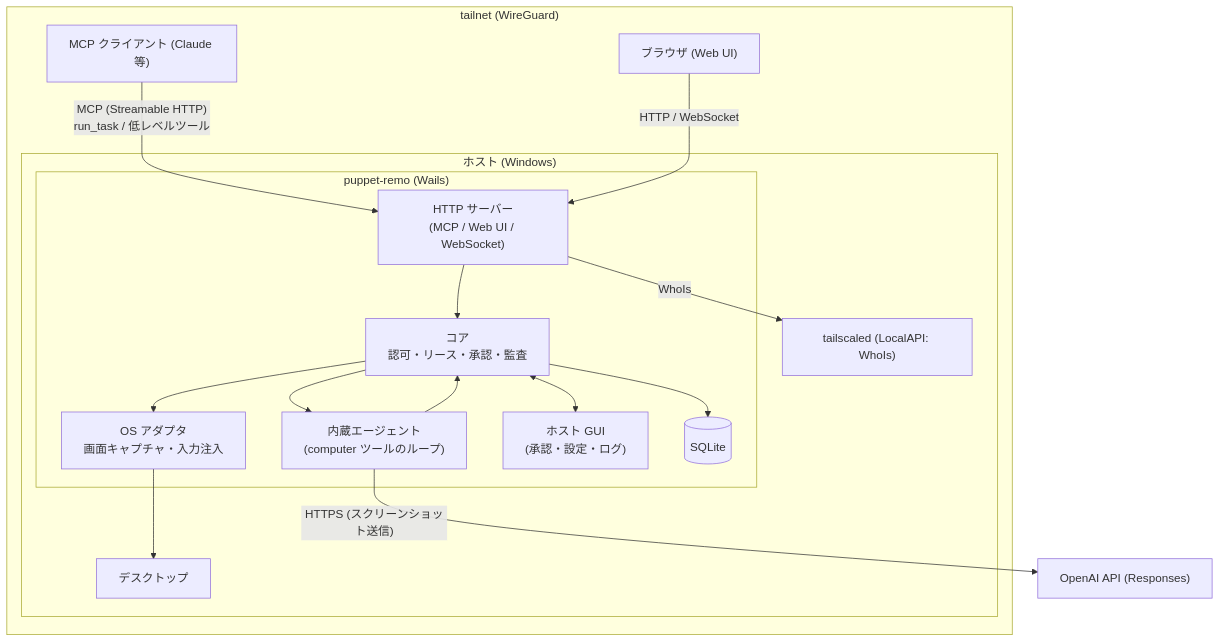
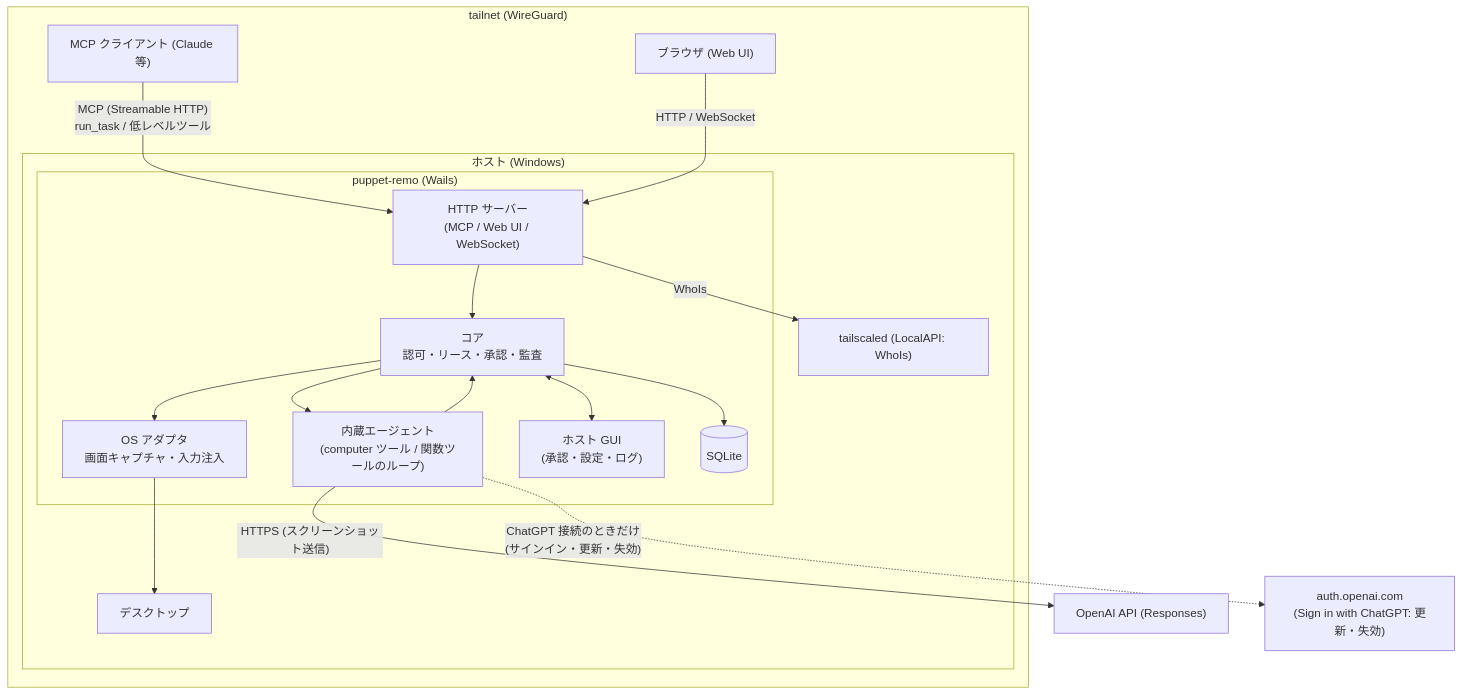
Before and after one commit to ousiassllc/puppet-remo: the diagram in docs/overview.md, drawn with Mermaid. The commit also changed other lines of this file and 2 other files, not shown here.

Commit message:
docs: 内蔵エージェントの接続方式に ChatGPT のプランを追加する仕様を書く（#49）

````diff
--- a/docs/overview.md
+++ b/docs/overview.md
@@ -59,31 +59,33 @@
 ```mermaid
 graph TD
     subgraph Tailnet["tailnet (WireGuard)"]
         MCPC["MCP クライアント (Claude 等)"]
         BR["ブラウザ (Web UI)"]
         subgraph Host["ホスト (Windows)"]
             TS["tailscaled (LocalAPI: WhoIs)"]
             subgraph App["puppet-remo (Wails)"]
                 SRV["HTTP サーバー<br/>(MCP / Web UI / WebSocket)"]
                 CORE["コア<br/>認可・リース・承認・監査"]
-                AGENT["内蔵エージェント<br/>(computer ツールのループ)"]
+                AGENT["内蔵エージェント<br/>(computer ツール / 関数ツールのループ)"]
                 OS["OS アダプタ<br/>画面キャプチャ・入力注入"]
                 GUI["ホスト GUI<br/>(承認・設定・ログ)"]
                 DB[("SQLite")]
             end
             DESK["デスクトップ"]
         end
     end
     OAI["OpenAI API (Responses)"]
+    OAUTH["auth.openai.com<br/>(Sign in with ChatGPT: 更新・失効)"]
     MCPC -- "MCP (Streamable HTTP)<br/>run_task / 低レベルツール" --> SRV
     BR -- "HTTP / WebSocket" --> SRV
     SRV -- "WhoIs" --> TS
     SRV --> CORE
     CORE --> AGENT
     AGENT -- "HTTPS (スクリーンショット送信)" --> OAI
+    AGENT -. "ChatGPT 接続のときだけ<br/>(サインイン・更新・失効)" .-> OAUTH
     AGENT --> CORE
     CORE --> OS
     CORE --> DB
     CORE <--> GUI
     OS --> DESK
 ```
````
